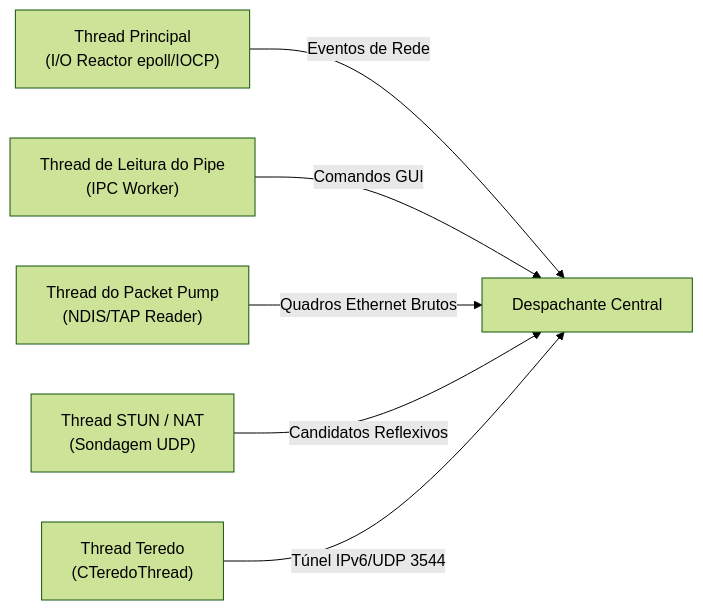
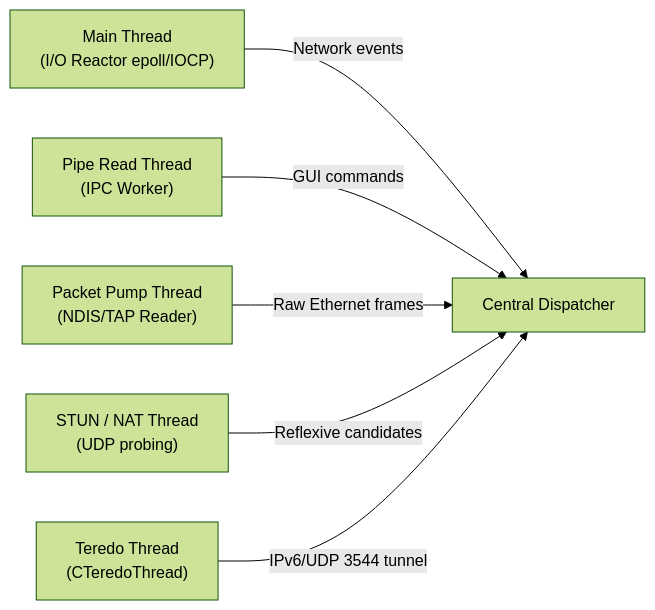
The second of 3 diagrams in docs/reverse-engineering/round-02/10-architecture.md (Pedrodroks34/radmin-vpn-linux-rs), drawn with Mermaid (forest theme) before and after one commit. The commit also changed other lines of this file and 38 other files, not shown here.

````diff
--- a/docs/reverse-engineering/round-02/10-architecture.md
+++ b/docs/reverse-engineering/round-02/10-architecture.md
@@ -69,8 +69,8 @@
 ```mermaid
 flowchart LR
-    T1["Thread Principal<br/>(I/O Reactor epoll/IOCP)"] -->|Eventos de Rede| M["Despachante Central"]
-    T2["Thread de Leitura do Pipe<br/>(IPC Worker)"] -->|Comandos GUI| M
-    T3["Thread do Packet Pump<br/>(NDIS/TAP Reader)"] -->|Quadros Ethernet Brutos| M
-    T4["Thread STUN / NAT<br/>(Sondagem UDP)"] -->|Candidatos Reflexivos| M
-    T5["Thread Teredo<br/>(CTeredoThread)"] -->|Túnel IPv6/UDP 3544| M
+    T1["Main Thread<br/>(I/O Reactor epoll/IOCP)"] -->|Network events| M["Central Dispatcher"]
+    T2["Pipe Read Thread<br/>(IPC Worker)"] -->|GUI commands| M
+    T3["Packet Pump Thread<br/>(NDIS/TAP Reader)"] -->|Raw Ethernet frames| M
+    T4["STUN / NAT Thread<br/>(UDP probing)"] -->|Reflexive candidates| M
+    T5["Teredo Thread<br/>(CTeredoThread)"] -->|IPv6/UDP 3544 tunnel| M
 ```
````
